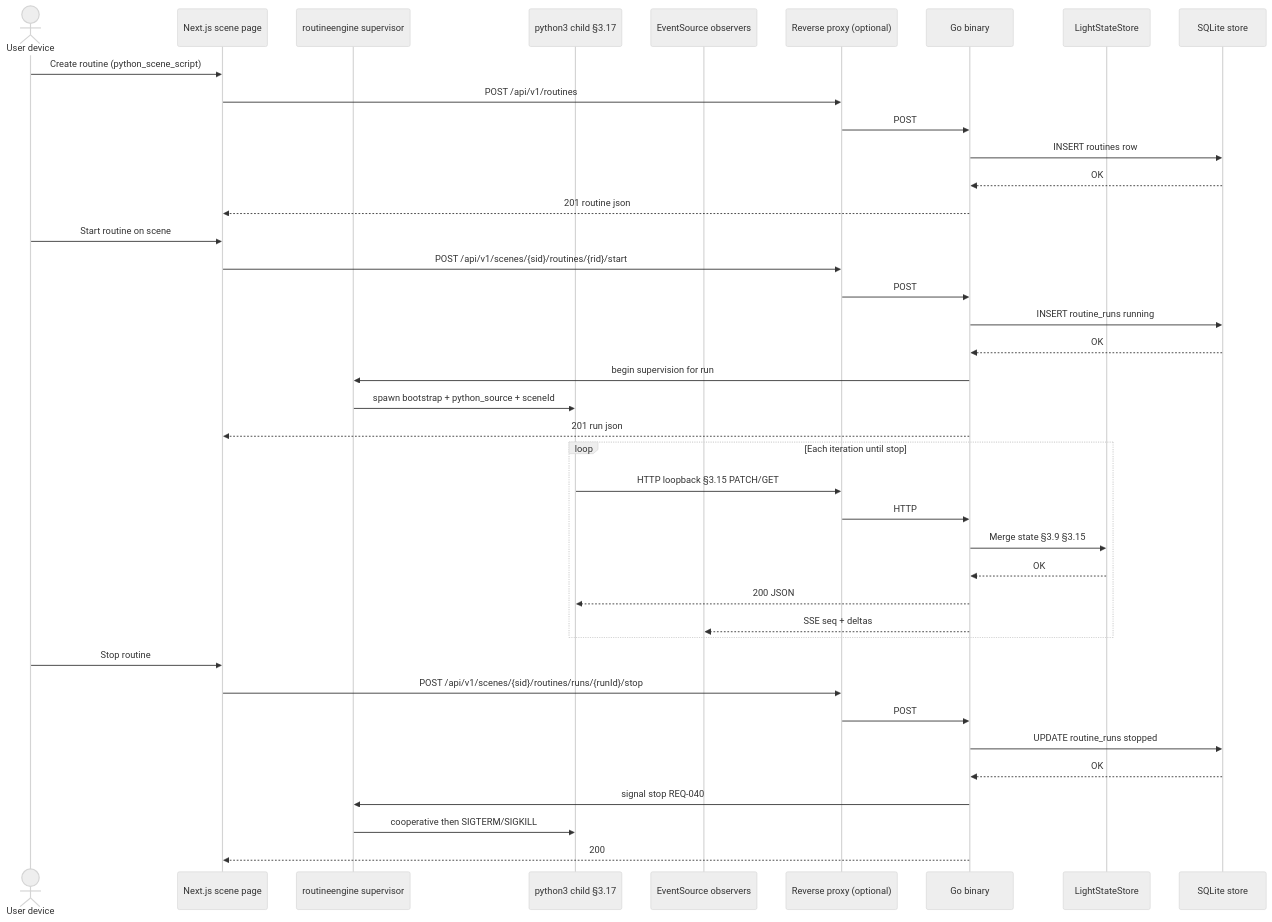
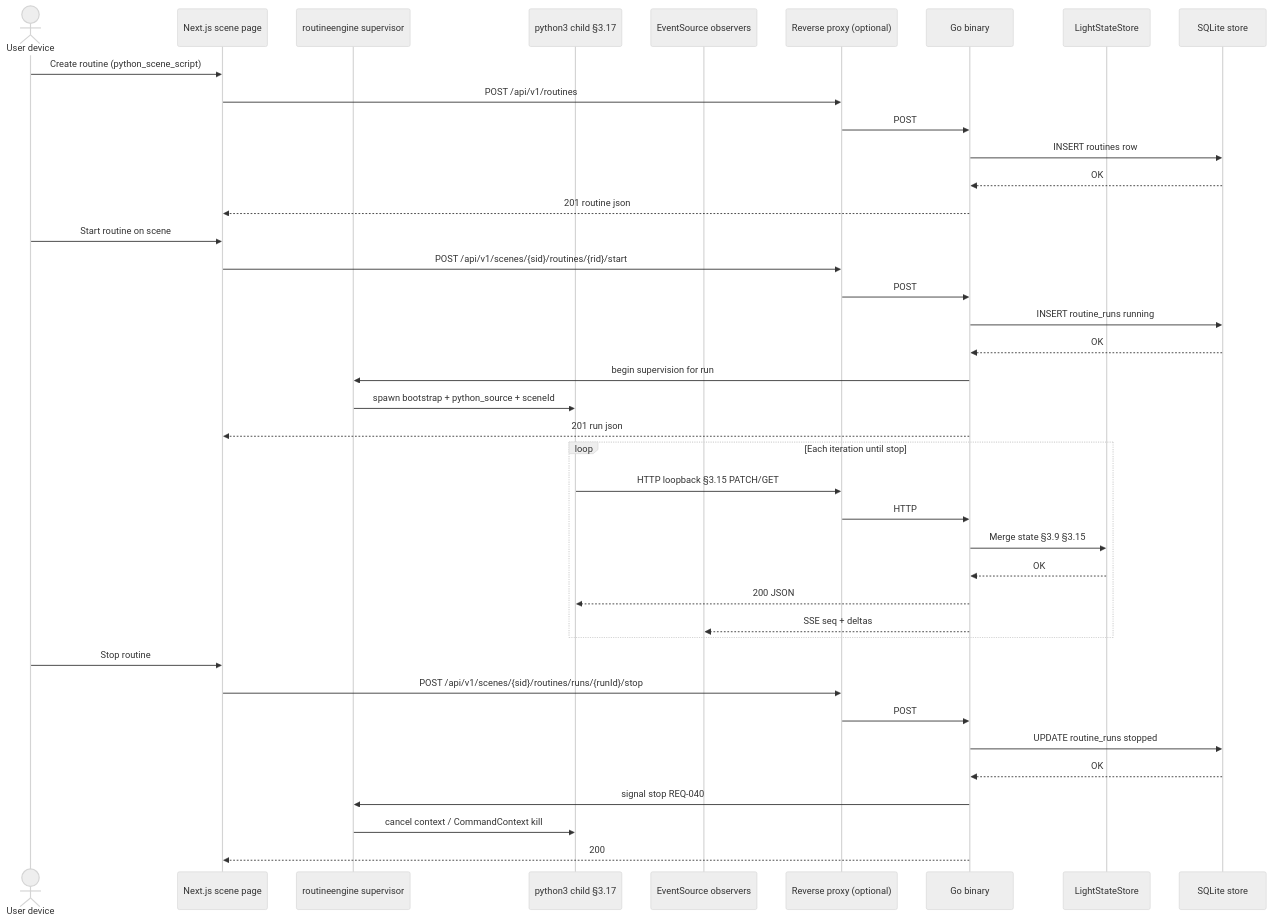
One commit to mudged/dlm changed diagram 17 of 26 in docs/design/request-flows.md. Above: the diagram before and after it, drawn with Mermaid (neutral theme). The commit also changed other lines of this file and 28 other files, not shown here.

````diff
--- a/docs/design/request-flows.md
+++ b/docs/design/request-flows.md
@@ -517,46 +517,46 @@
 ```mermaid
 sequenceDiagram
   actor User as User device
   participant Page as Next.js scene page
   participant RE as routineengine supervisor
   participant Py as python3 child §3.17
   participant ES as EventSource observers
   participant P as Reverse proxy (optional)
   participant G as Go binary
   participant L as LightStateStore
   participant S as SQLite store
 
   User->>Page: Create routine (python_scene_script)
   Page->>P: POST /api/v1/routines
   P->>G: POST
   G->>S: INSERT routines row
   S-->>G: OK
   G-->>Page: 201 routine json
 
   User->>Page: Start routine on scene
   Page->>P: POST /api/v1/scenes/{sid}/routines/{rid}/start
   P->>G: POST
   G->>S: INSERT routine_runs running
   S-->>G: OK
   G->>RE: begin supervision for run
   RE->>Py: spawn bootstrap + python_source + sceneId
   G-->>Page: 201 run json
 
   loop Each iteration until stop
     Py->>P: HTTP loopback §3.15 PATCH/GET
     P->>G: HTTP
     G->>L: Merge state §3.9 §3.15
     L-->>G: OK
     G-->>Py: 200 JSON
     G-->>ES: SSE seq + deltas
   end
 
   User->>Page: Stop routine
   Page->>P: POST /api/v1/scenes/{sid}/routines/runs/{runId}/stop
   P->>G: POST
   G->>S: UPDATE routine_runs stopped
   S-->>G: OK
   G->>RE: signal stop REQ-040
-  RE->>Py: cooperative then SIGTERM/SIGKILL
+  RE->>Py: cancel context / CommandContext kill
   G-->>Page: 200
 ```
````
